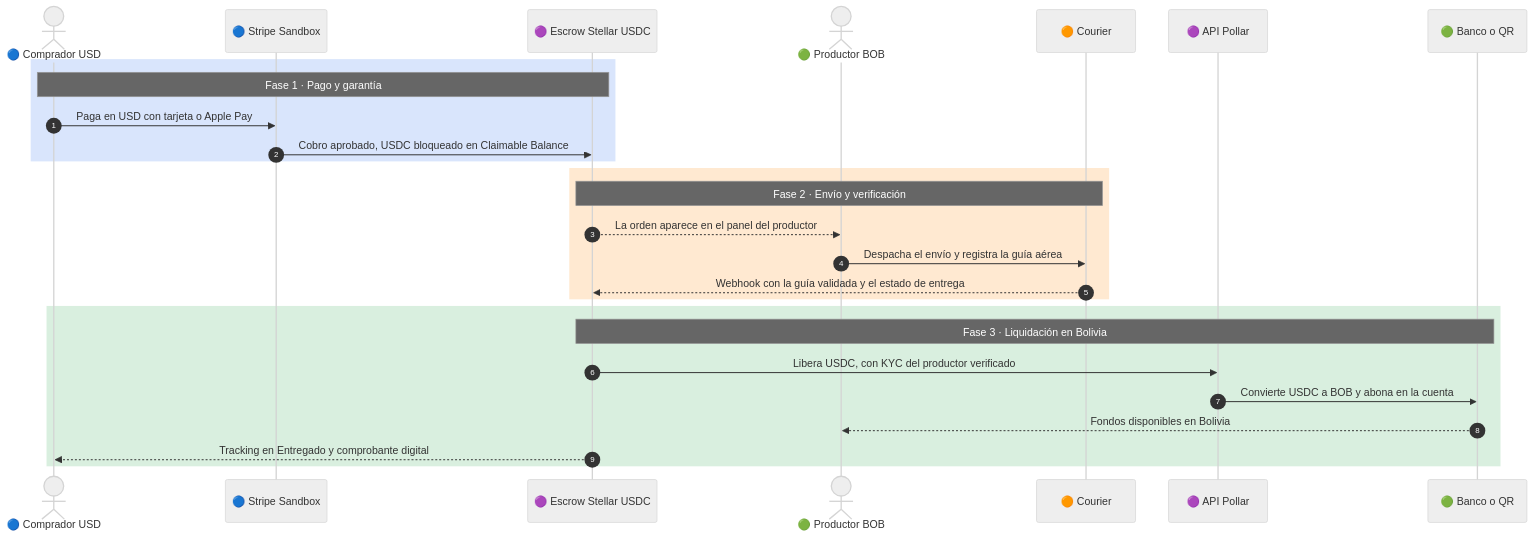
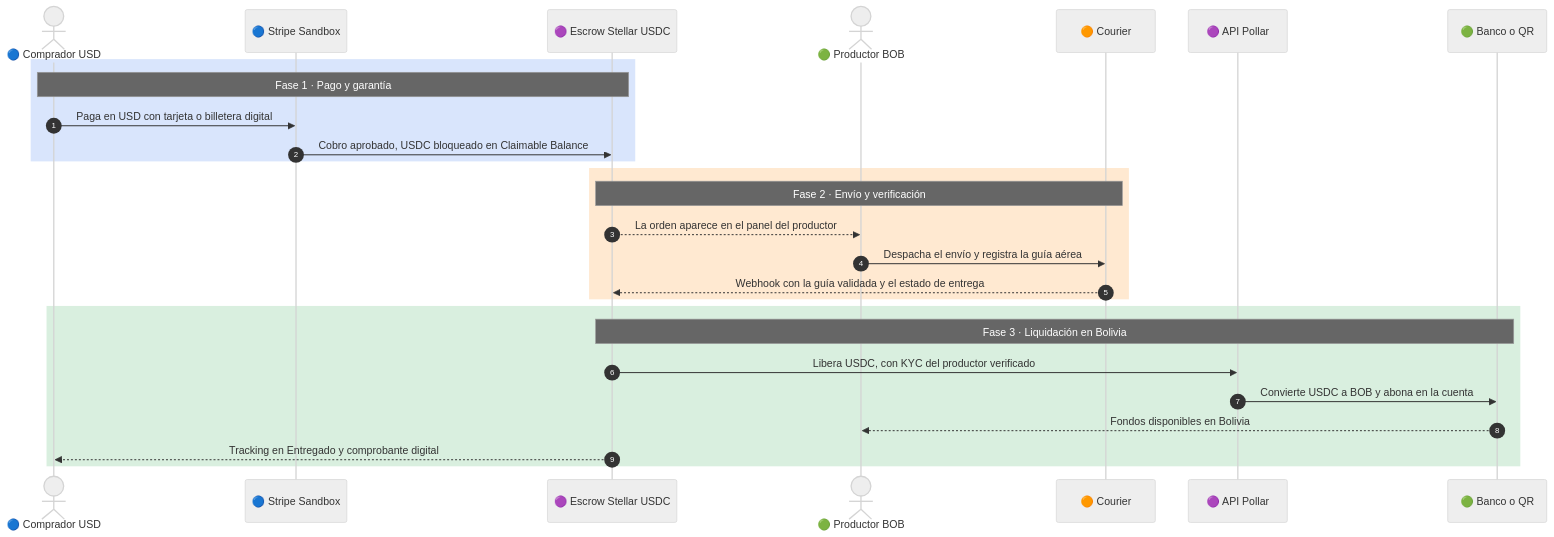
One commit to leogct02/Nodes changed the first of 6 diagrams in README.md. Above: the diagram before and after it, drawn with Mermaid (neutral theme). The commit also changed other lines of this file, not shown here.

````diff
--- a/README.md
+++ b/README.md
@@ -106,32 +106,32 @@
 ```mermaid
 sequenceDiagram
     autonumber
     actor B as 🔵 Comprador USD
     participant S as 🔵 Stripe Sandbox
     participant E as 🟣 Escrow Stellar USDC
     actor P as 🟢 Productor BOB
     participant C as 🟠 Courier
     participant X as 🟣 API Pollar
     participant BK as 🟢 Banco o QR
 
     rect rgba(47, 111, 235, 0.18)
     Note over B,E: Fase 1 · Pago y garantía
-    B->>S: Paga en USD con tarjeta o Apple Pay
+    B->>S: Paga en USD con tarjeta o billetera digital
     S->>E: Cobro aprobado, USDC bloqueado en Claimable Balance
     end
 
     rect rgba(251, 133, 0, 0.18)
     Note over E,C: Fase 2 · Envío y verificación
     E-->>P: La orden aparece en el panel del productor
     P->>C: Despacha el envío y registra la guía aérea
     C-->>E: Webhook con la guía validada y el estado de entrega
     end
 
     rect rgba(45, 164, 78, 0.18)
     Note over E,BK: Fase 3 · Liquidación en Bolivia
     E->>X: Libera USDC, con KYC del productor verificado
     X->>BK: Convierte USDC a BOB y abona en la cuenta
     BK-->>P: Fondos disponibles en Bolivia
     E-->>B: Tracking en Entregado y comprobante digital
     end
 ```
````
